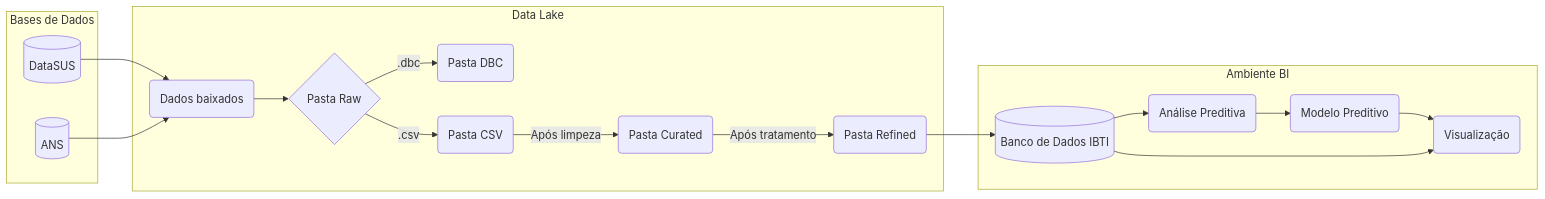
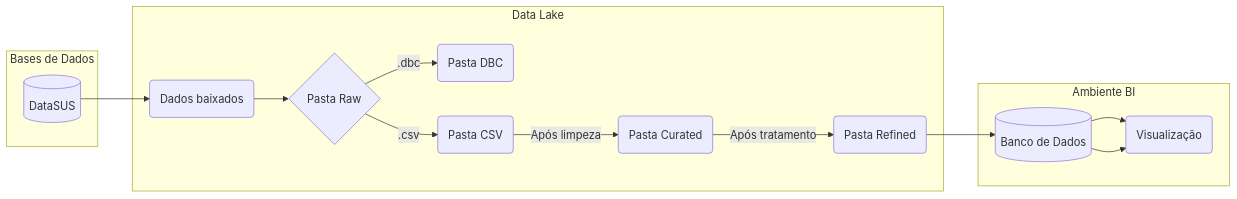
The diagram in README.md (IBTI-DF/SIGFAPDF), drawn with Mermaid before and after one commit.

````diff
--- a/README.md
+++ b/README.md
@@ -9,28 +9,24 @@
 ```mermaid
 flowchart LR
 H[(DataSUS)] --> A(Dados baixados) --> B{Pasta Raw}
-L[(ANS)] --> A
 B -- .dbc --> C(Pasta DBC)
 B -- .csv --> D(Pasta CSV)
 D -- Após limpeza --> E(Pasta Curated)
-E -- Após tratamento --> F(Pasta Refined) --> G[(Banco de Dados IBTI)] --> I(Análise Preditiva) --> J(Modelo Preditivo) --> K(Visualização)
+E -- Após tratamento --> F(Pasta Refined) --> G[(Banco de Dados)] --> K(Visualização)
 G --> K
 subgraph Bases de Dados
 H
-L
 end
 subgraph Data Lake
 B
 A
 C
 D
 E
 F
 end
 subgraph Ambiente BI
-I
 G
-J
 K
 end
 ```
````
